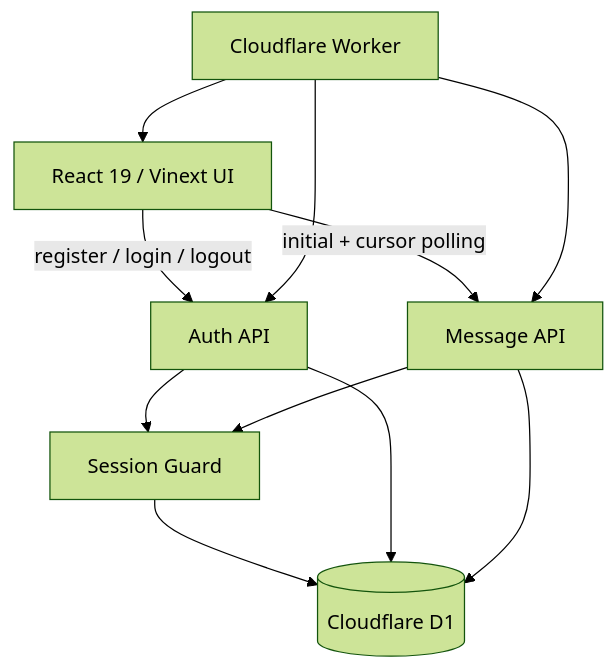
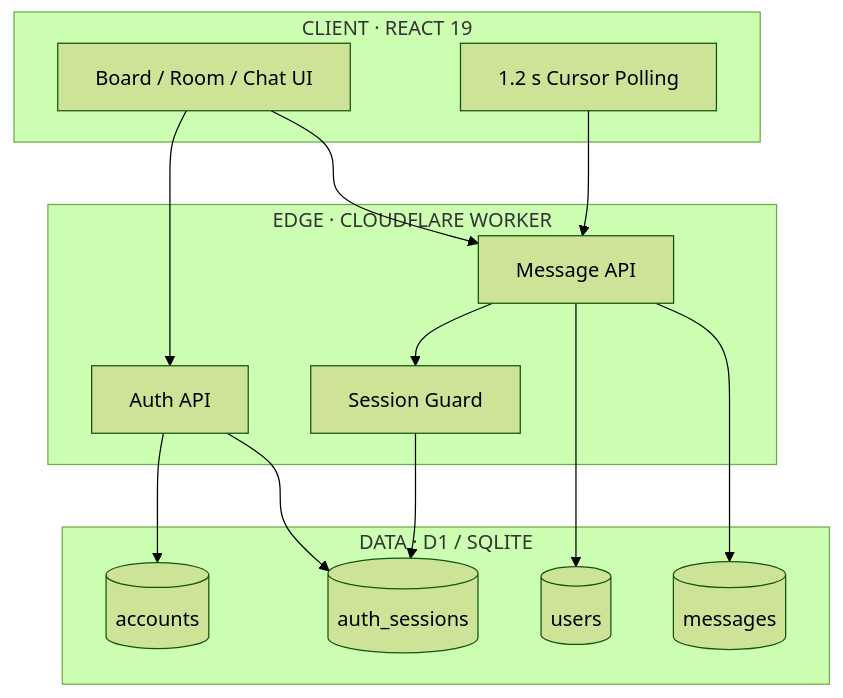
Before and after one commit to ZhaoyuanLiu23/VoidMessage: the second of 2 diagrams in README.md, drawn with Mermaid (forest theme). The commit also changed other lines of this file and 2 other files, not shown here.

```diff
--- a/README.md
+++ b/README.md
@@ -82,20 +140,30 @@
 ~~~mermaid
 flowchart TB
-    UI[React 19 / Vinext UI]
-    AUTH[Auth API]
-    MSG[Message API]
-    SESSION[Session Guard]
-    D1[(Cloudflare D1)]
-    WORKER[Cloudflare Worker]
+    subgraph CLIENT[CLIENT · REACT 19]
+      UI[Board / Room / Chat UI]
+      POLL[1.2 s Cursor Polling]
+    end
 
-    UI -->|register / login / logout| AUTH
-    UI -->|initial + cursor polling| MSG
-    AUTH --> SESSION
-    MSG --> SESSION
-    SESSION --> D1
-    AUTH --> D1
-    MSG --> D1
-    WORKER --> UI
-    WORKER --> AUTH
-    WORKER --> MSG
+    subgraph EDGE[EDGE · CLOUDFLARE WORKER]
+      AUTH[Auth API]
+      SESSION[Session Guard]
+      MESSAGE[Message API]
+    end
+
+    subgraph DATA[DATA · D1 / SQLITE]
+      ACCOUNTS[(accounts)]
+      USERS[(users)]
+      SESSIONS[(auth_sessions)]
+      MESSAGES[(messages)]
+    end
+
+    UI --> AUTH
+    UI --> MESSAGE
+    POLL --> MESSAGE
+    AUTH --> ACCOUNTS
+    AUTH --> SESSIONS
+    MESSAGE --> SESSION
+    SESSION --> SESSIONS
+    MESSAGE --> USERS
+    MESSAGE --> MESSAGES
 ~~~
```
